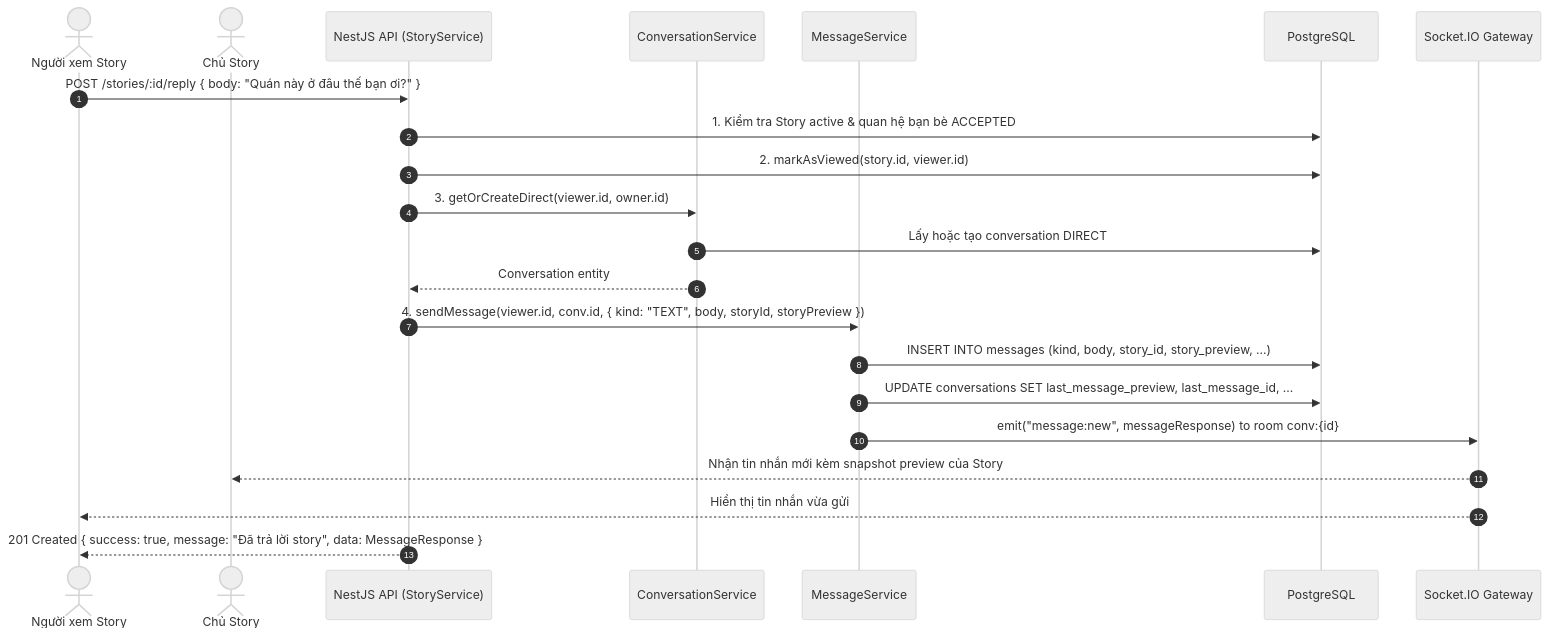
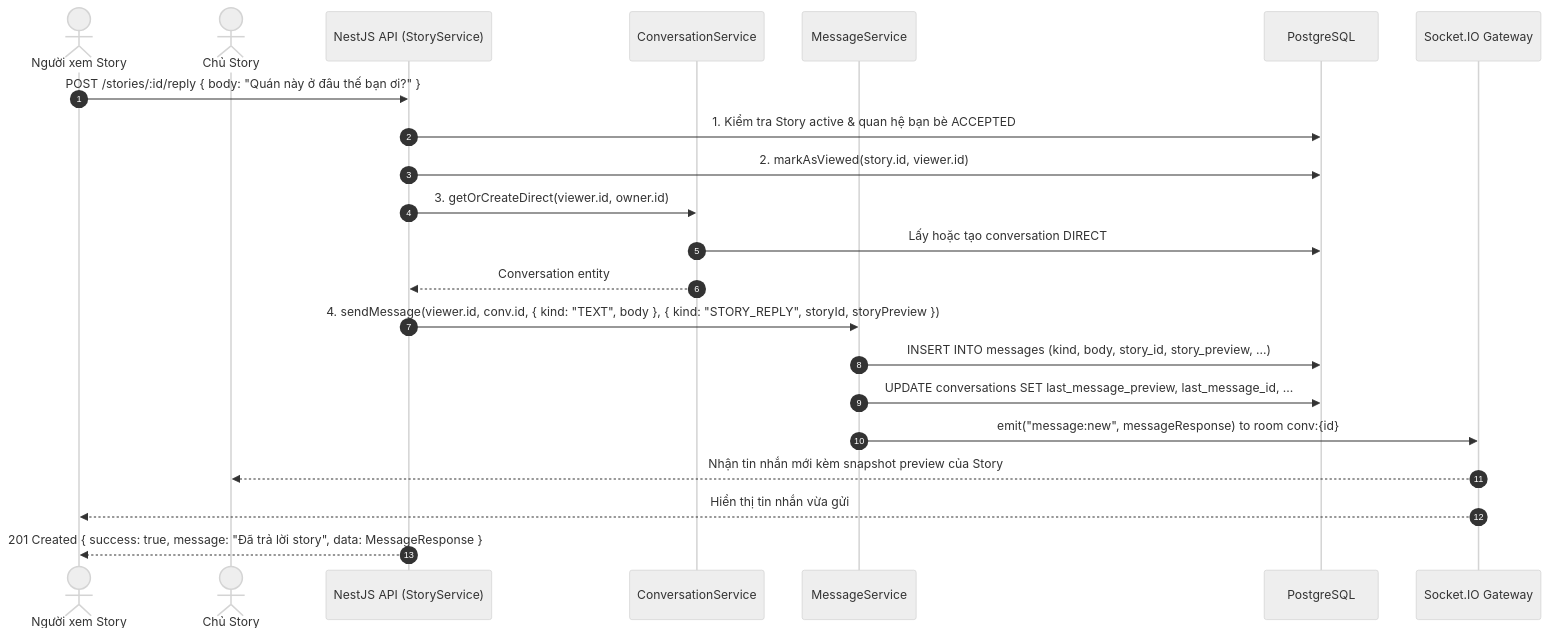
Before and after one commit to chanh-group/docs: the seventh of 8 diagrams in STORIES_NOTES.md, drawn with Mermaid (neutral theme). The commit also changed other lines of this file, not shown here.

First line of the commit message:
docs(story): document the story message kinds and the atomic reaction write

````diff
--- a/STORIES_NOTES.md
+++ b/STORIES_NOTES.md
@@ -325,25 +325,25 @@
 ```mermaid
 sequenceDiagram
     autonumber
     actor Viewer as Người xem Story
     actor Owner as Chủ Story
     participant API as NestJS API (StoryService)
     participant Conv as ConversationService
     participant Msg as MessageService
     participant DB as PostgreSQL
     participant WS as Socket.IO Gateway
 
     Viewer->>API: POST /stories/:id/reply { body: "Quán này ở đâu thế bạn ơi?" }
     API->>DB: 1. Kiểm tra Story active & quan hệ bạn bè ACCEPTED
     API->>DB: 2. markAsViewed(story.id, viewer.id)
     API->>Conv: 3. getOrCreateDirect(viewer.id, owner.id)
     Conv->>DB: Lấy hoặc tạo conversation DIRECT
     Conv-->>API: Conversation entity
-    API->>Msg: 4. sendMessage(viewer.id, conv.id, { kind: "TEXT", body, storyId, storyPreview })
+    API->>Msg: 4. sendMessage(viewer.id, conv.id, { kind: "TEXT", body }, { kind: "STORY_REPLY", storyId, storyPreview })
     Msg->>DB: INSERT INTO messages (kind, body, story_id, story_preview, ...)
     Msg->>DB: UPDATE conversations SET last_message_preview, last_message_id, ...
     Msg->>WS: emit("message:new", messageResponse) to room conv:{id}
     WS-->>Owner: Nhận tin nhắn mới kèm snapshot preview của Story
     WS-->>Viewer: Hiển thị tin nhắn vừa gửi
     API-->>Viewer: 201 Created { success: true, message: "Đã trả lời story", data: MessageResponse }
 ```
````
